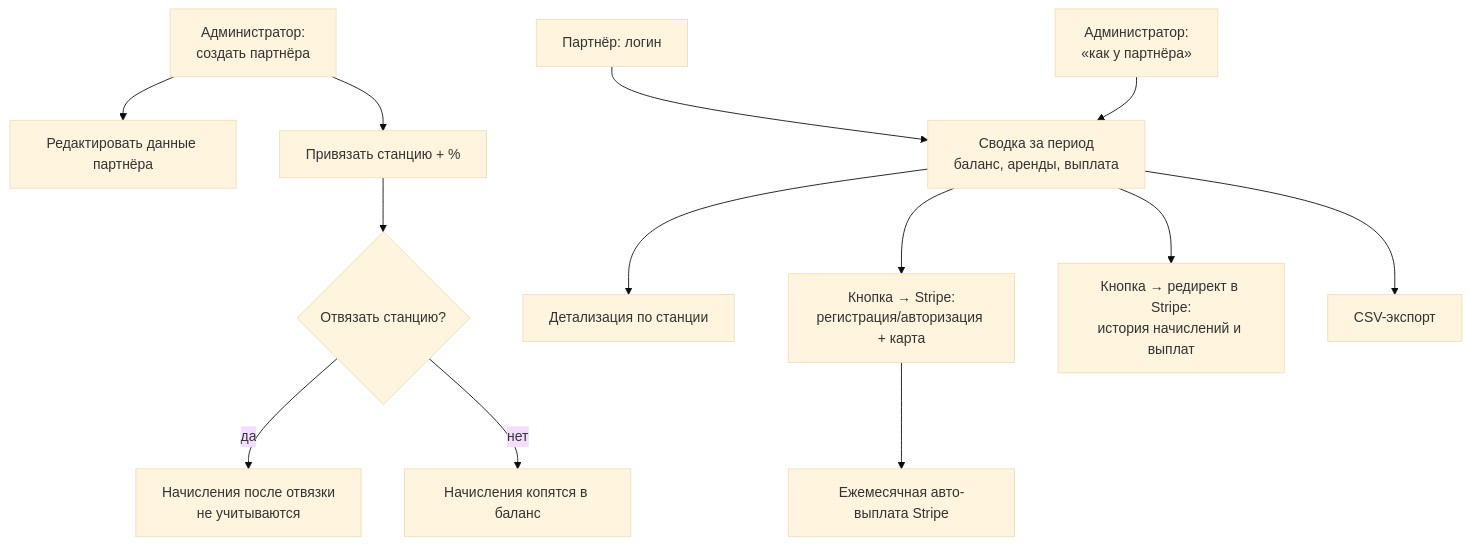
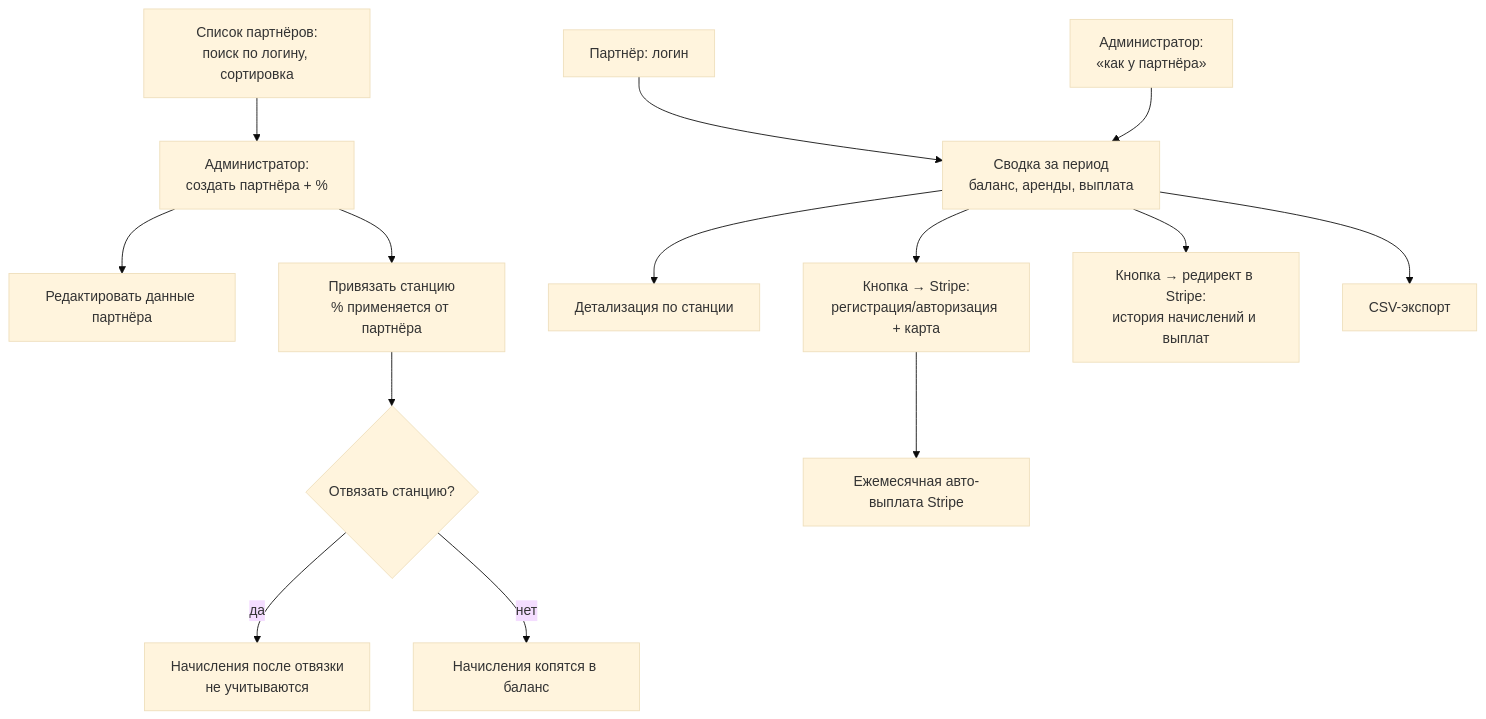
The first of 2 diagrams in gozap-documentation/sa/docs/partners/partner-program/diagrams/overview.md (yatsin11-gif/example), drawn with Mermaid (base theme) before and after one commit. The commit also changed other lines of this file and 7 other files, not shown here.

````diff
--- a/gozap-documentation/sa/docs/partners/partner-program/diagrams/overview.md
+++ b/gozap-documentation/sa/docs/partners/partner-program/diagrams/overview.md
@@ -7,15 +7,16 @@
 ```mermaid
 flowchart TD
-    A1[Администратор:<br/>создать партнёра] --> A1B[Редактировать данные партнёра]
-    A1 --> A2[Привязать станцию + %]
+    A0[Список партнёров:<br/>поиск по логину, сортировка] --> A1[Администратор:<br/>создать партнёра + %]
+    A1 --> A1B[Редактировать данные партнёра]
+    A1 --> A2[Привязать станцию<br/>% применяется от партнёра]
     A2 --> A3{Отвязать станцию?}
     A3 -->|да| A4[Начисления после отвязки<br/>не учитываются]
     A3 -->|нет| A5[Начисления копятся в баланс]
     P1[Партнёр: логин] --> P2[Сводка за период<br/>баланс, аренды, выплата]
     P2 --> P3[Детализация по станции]
     P2 --> P4[Кнопка → Stripe:<br/>регистрация/авторизация + карта]
     P4 --> P5[Ежемесячная авто-выплата Stripe]
     P2 --> P7[Кнопка → редирект в Stripe:<br/>история начислений и выплат]
     P2 --> P6[CSV-экспорт]
     A6[Администратор:<br/>«как у партнёра»] --> P2
 ```
````
